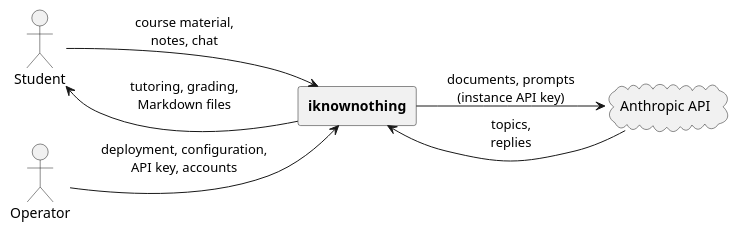
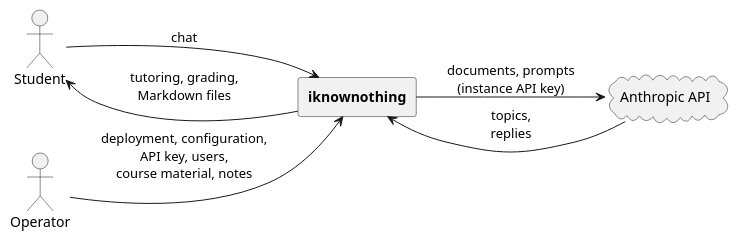
Before and after one commit to leon-hrk/iknownothing: the diagram in docs/arc42/diagrams/business-context.puml, drawn with PlantUML. The commit also changed 42 other files, not shown here.

First line of the commit message:
feat: add Docker setup, users, and operator courses

```diff
--- a/docs/arc42/diagrams/business-context.puml
+++ b/docs/arc42/diagrams/business-context.puml
@@ -1,16 +1,16 @@
 @startuml
 left to right direction
 skinparam shadowing false
 skinparam defaultTextAlignment center
 
 actor "Student" as student
 actor "Operator" as operator
 rectangle "**iknownothing**" as system
 cloud "Anthropic API" as ai
 
-student --> system : course material,\nnotes, chat
+student --> system : chat
 system --> student : tutoring, grading,\nMarkdown files
-operator --> system : deployment, configuration,\nAPI key, accounts
+operator --> system : deployment, configuration,\nAPI key, users,\ncourse material, notes
 system --> ai : documents, prompts\n(instance API key)
 ai --> system : topics,\nreplies
 @enduml
```
